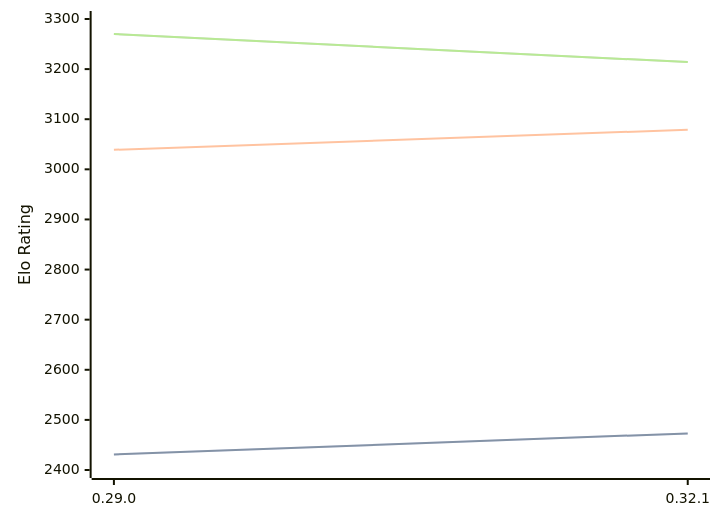
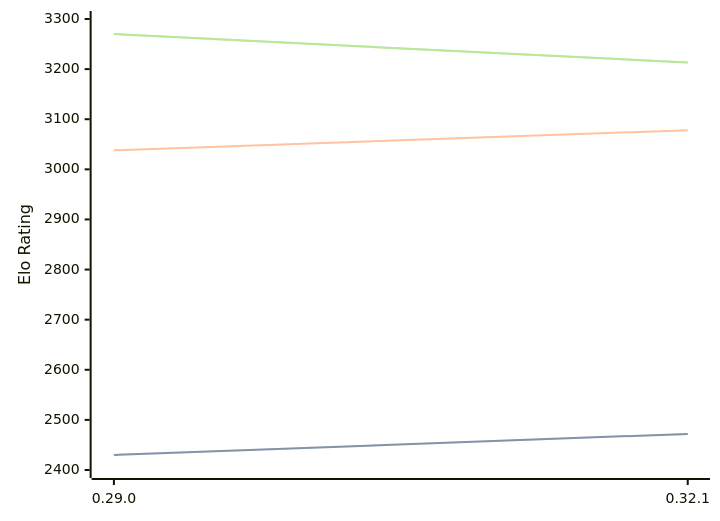
Before and after one commit to computer-chess-index/cci: the diagram in engines/Lc0.md, drawn with Mermaid. The commit also changed other lines of this file, not shown here.

Commit message:
Update CCI Ratings (ELO VLTC) - 2026-03-08

````diff
--- a/engines/Lc0.md
+++ b/engines/Lc0.md
@@ -66,11 +66,11 @@
 ```mermaid
 %%{init: {"theme":"base","themeVariables":{"seriesColors:['#a3a3a3','#222221','#faa371']}}}%%
 xychart-beta
   x-axis ["0.29.0", "0.32.1"]
   y-axis "Elo Rating" 2400 --> 3300
-  line "STC (8.0+0.08s)" [2431, 2473]
-  line "STC (8.0+0.08s)" [2431, 2473]
-  line "LTC (60.0+0.60s)" [3039, 3079]
-  line "VLTC (2m24s+1.12s)" [3270, 3214]
-  line "VLTC (2m24s+1.12s)" [3270, 3214]
+  line "STC (8.0+0.08s)" [2430, 2472]
+  line "STC (8.0+0.08s)" [2430, 2472]
+  line "LTC (60.0+0.60s)" [3038, 3078]
+  line "VLTC (2m24s+1.12s)" [3270, 3213]
+  line "VLTC (2m24s+1.12s)" [3270, 3213]
 ```
````
